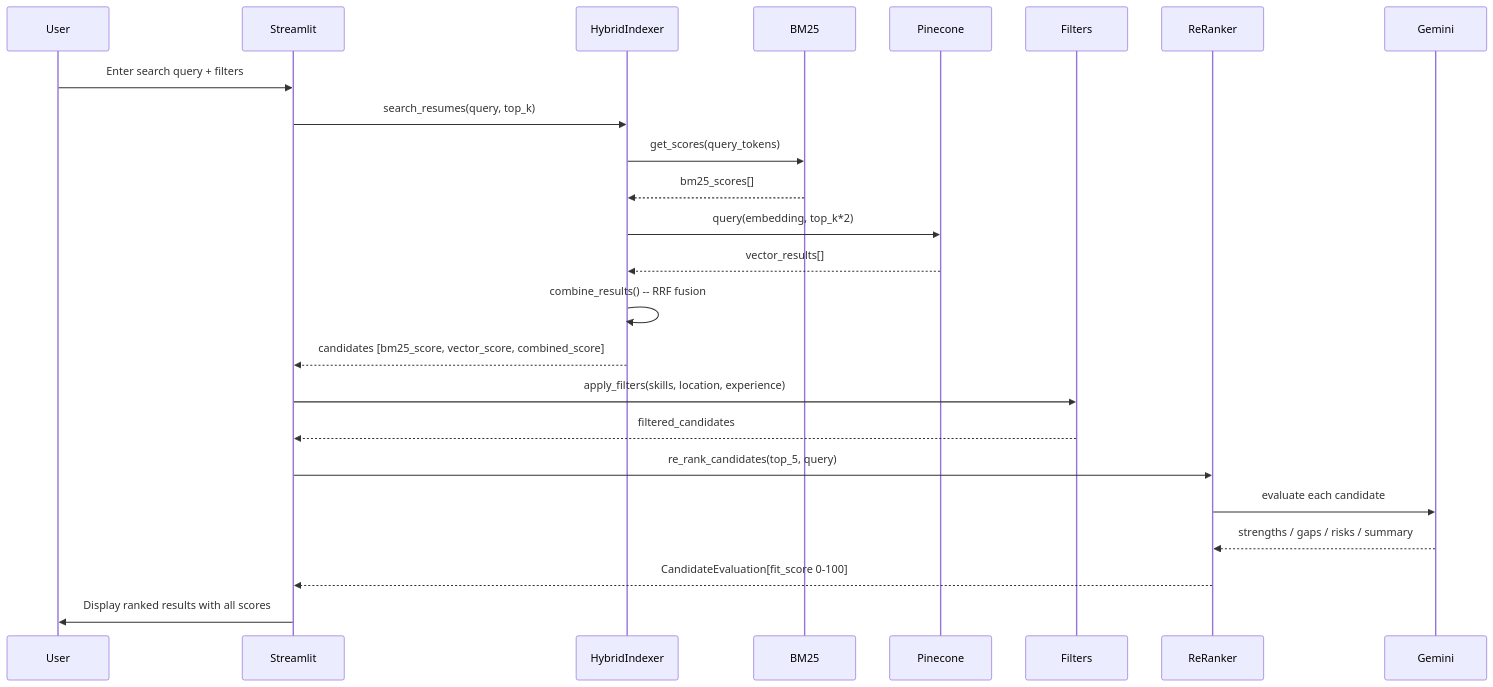
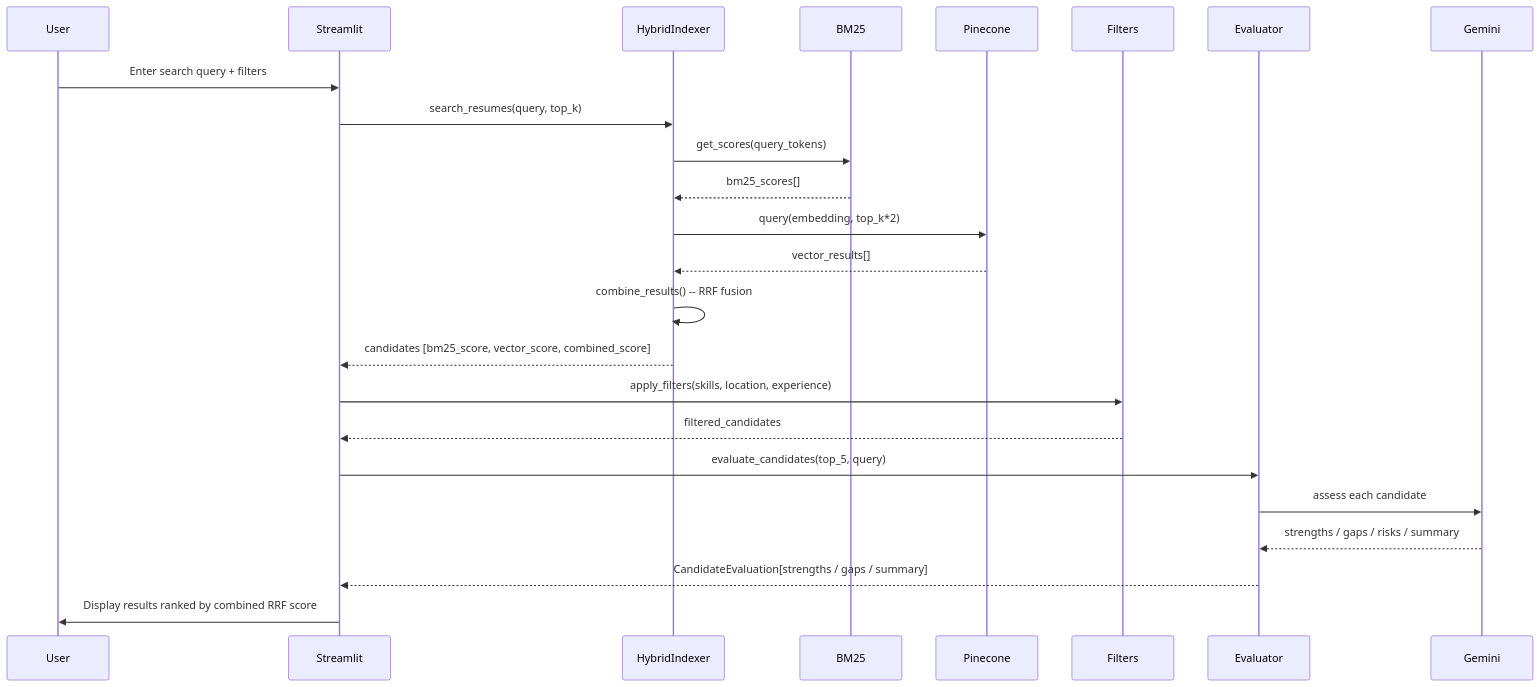
The second of 2 diagrams in HireFlow_Architecture.md (sumangit4u/hireflow), drawn with Mermaid before and after one commit. The commit also changed other lines of this file and 40 other files, not shown here.

````diff
--- a/HireFlow_Architecture.md
+++ b/HireFlow_Architecture.md
@@ -63,33 +62,33 @@
 ```mermaid
 sequenceDiagram
     participant User
     participant Streamlit
     participant HybridIndexer
     participant BM25
     participant Pinecone
     participant Filters
-    participant ReRanker
+    participant Evaluator
     participant Gemini
 
     User->>Streamlit: Enter search query + filters
     Streamlit->>HybridIndexer: search_resumes(query, top_k)
 
     HybridIndexer->>BM25: get_scores(query_tokens)
     BM25-->>HybridIndexer: bm25_scores[]
 
     HybridIndexer->>Pinecone: query(embedding, top_k*2)
     Pinecone-->>HybridIndexer: vector_results[]
 
     HybridIndexer->>HybridIndexer: combine_results() -- RRF fusion
     HybridIndexer-->>Streamlit: candidates [bm25_score, vector_score, combined_score]
 
     Streamlit->>Filters: apply_filters(skills, location, experience)
     Filters-->>Streamlit: filtered_candidates
 
-    Streamlit->>ReRanker: re_rank_candidates(top_5, query)
-    ReRanker->>Gemini: evaluate each candidate
-    Gemini-->>ReRanker: strengths / gaps / risks / summary
-    ReRanker-->>Streamlit: CandidateEvaluation[fit_score 0-100]
+    Streamlit->>Evaluator: evaluate_candidates(top_5, query)
+    Evaluator->>Gemini: assess each candidate
+    Gemini-->>Evaluator: strengths / gaps / risks / summary
+    Evaluator-->>Streamlit: CandidateEvaluation[strengths / gaps / summary]
 
-    Streamlit->>User: Display ranked results with all scores
+    Streamlit->>User: Display results ranked by combined RRF score
 ```
````
